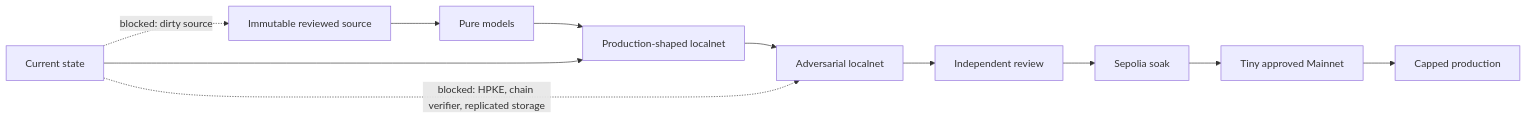
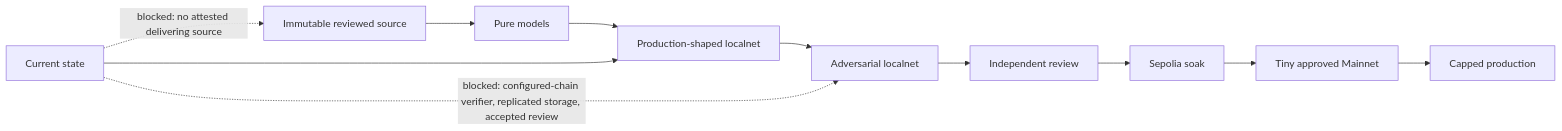
Before and after one commit to gstohl/app20: the eighth of 8 diagrams in docs/APP20_PROCESS_DIAGRAMS.md, drawn with Mermaid. The commit also changed other lines of this file and 212 other files, not shown here.

````diff
--- a/docs/APP20_PROCESS_DIAGRAMS.md
+++ b/docs/APP20_PROCESS_DIAGRAMS.md
@@ -201,14 +201,14 @@
 ```mermaid
 flowchart LR
     P0[Immutable reviewed source] --> P1[Pure models]
     P1 --> P2[Production-shaped localnet]
     P2 --> P3[Adversarial localnet]
     P3 --> P4[Independent review]
     P4 --> P5[Sepolia soak]
     P5 --> P6[Tiny approved Mainnet]
     P6 --> P7[Capped production]
 
     D[Current state] --> P2
-    D -. blocked: dirty source .-> P0
-    D -. blocked: HPKE, chain verifier, replicated storage .-> P3
+    D -. blocked: no attested delivering source .-> P0
+    D -. blocked: configured-chain verifier, replicated storage, accepted review .-> P3
 ```
````
